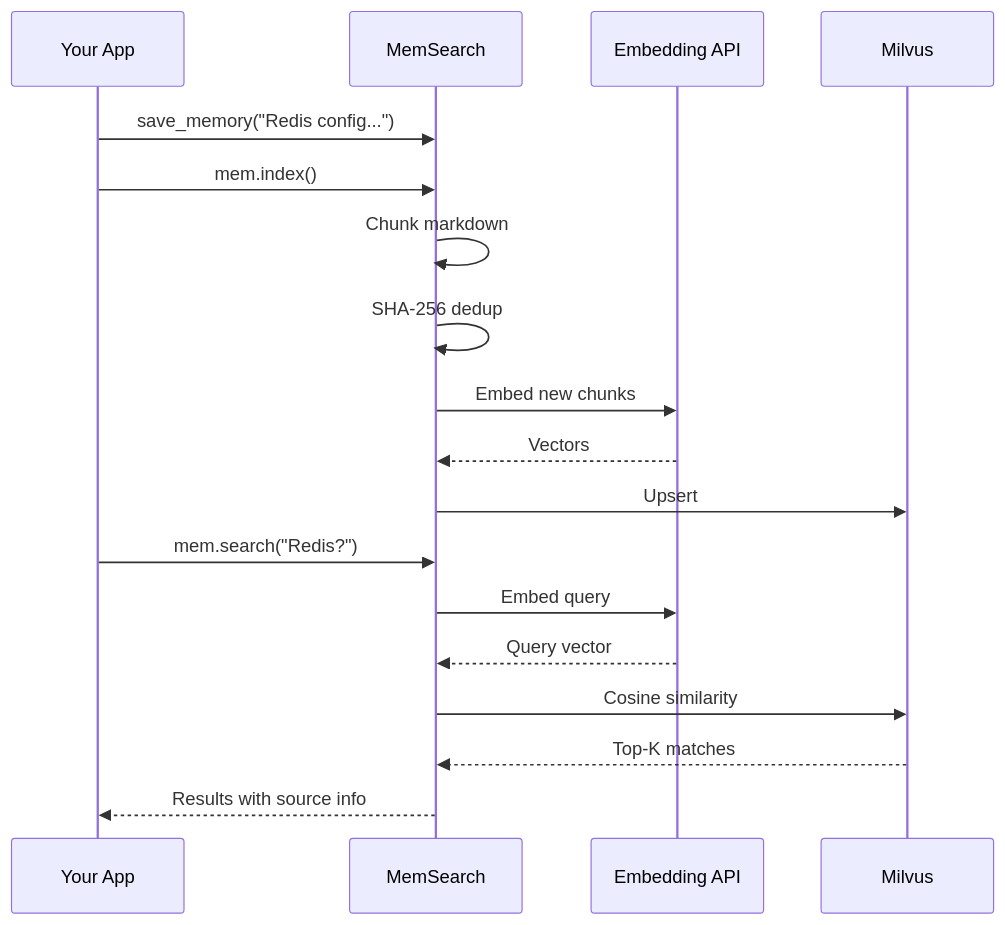
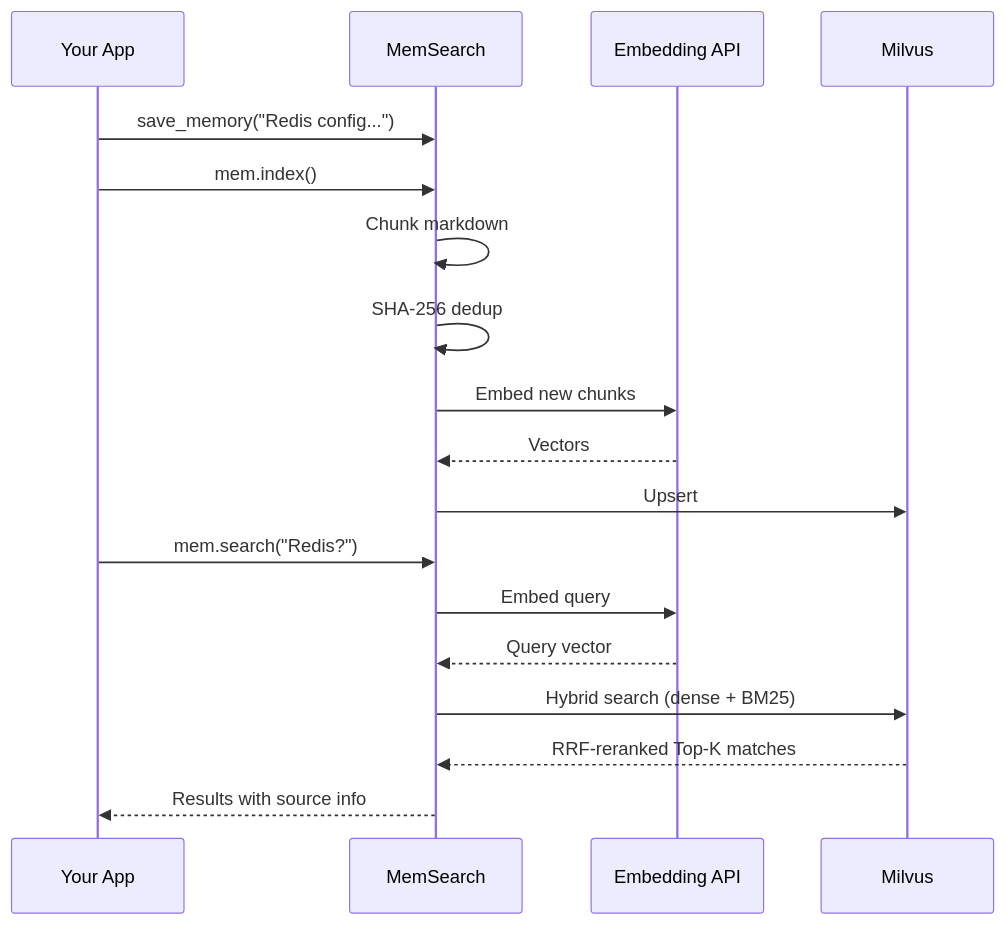
The first of 2 diagrams in docs/getting-started.md (zilliztech/memsearch), drawn with Mermaid before and after one commit. The commit also changed other lines of this file and 16 other files, not shown here.

````diff
--- a/docs/getting-started.md
+++ b/docs/getting-started.md
@@ -66,21 +66,21 @@
 ```mermaid
 sequenceDiagram
     participant U as Your App
     participant M as MemSearch
     participant E as Embedding API
     participant V as Milvus
 
     U->>M: save_memory("Redis config...")
     U->>M: mem.index()
     M->>M: Chunk markdown
     M->>M: SHA-256 dedup
     M->>E: Embed new chunks
     E-->>M: Vectors
     M->>V: Upsert
     U->>M: mem.search("Redis?")
     M->>E: Embed query
     E-->>M: Query vector
-    M->>V: Cosine similarity
-    V-->>M: Top-K matches
+    M->>V: Hybrid search (dense + BM25)
+    V-->>M: RRF-reranked Top-K matches
     M-->>U: Results with source info
 ```
````
